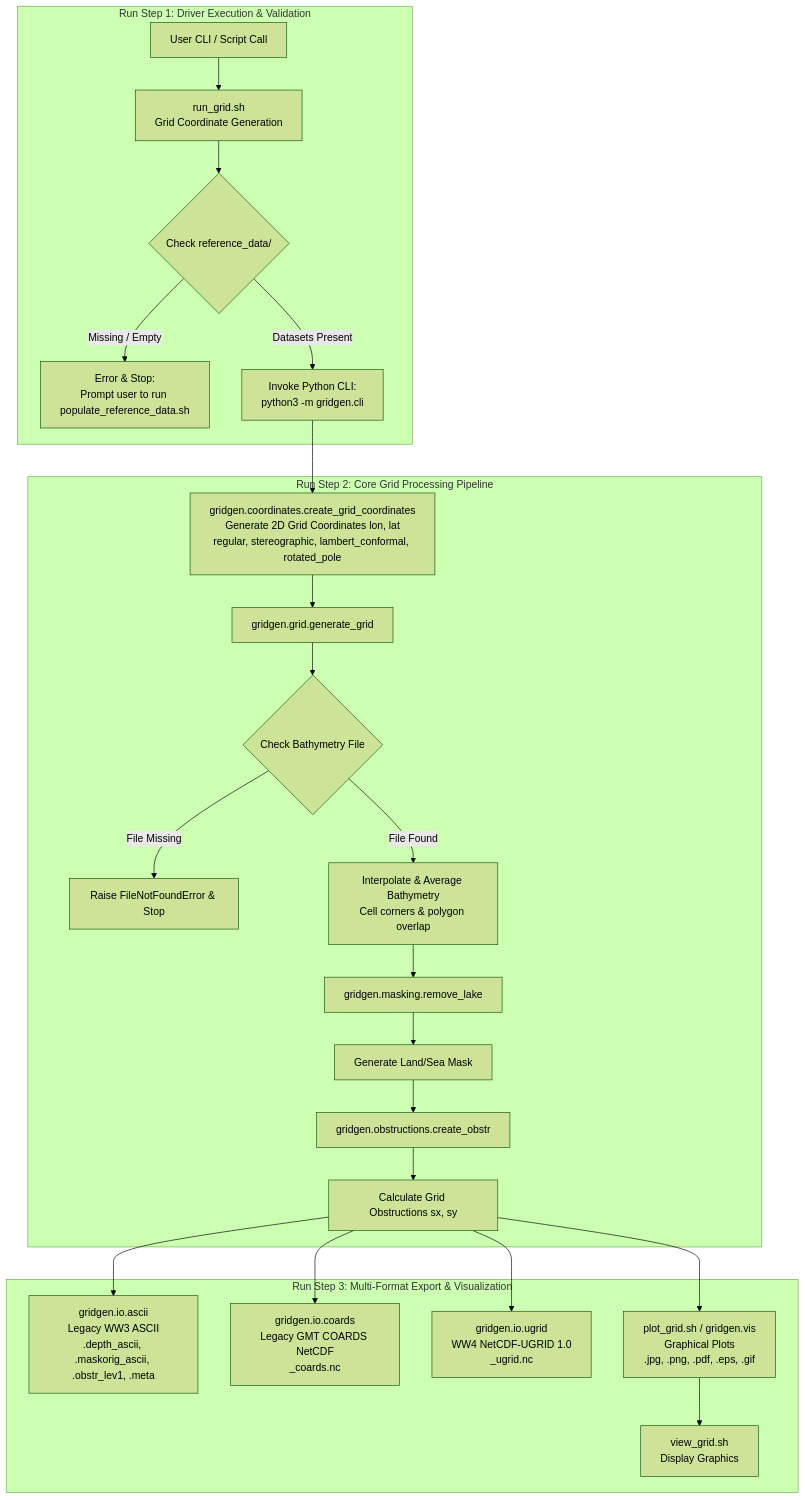
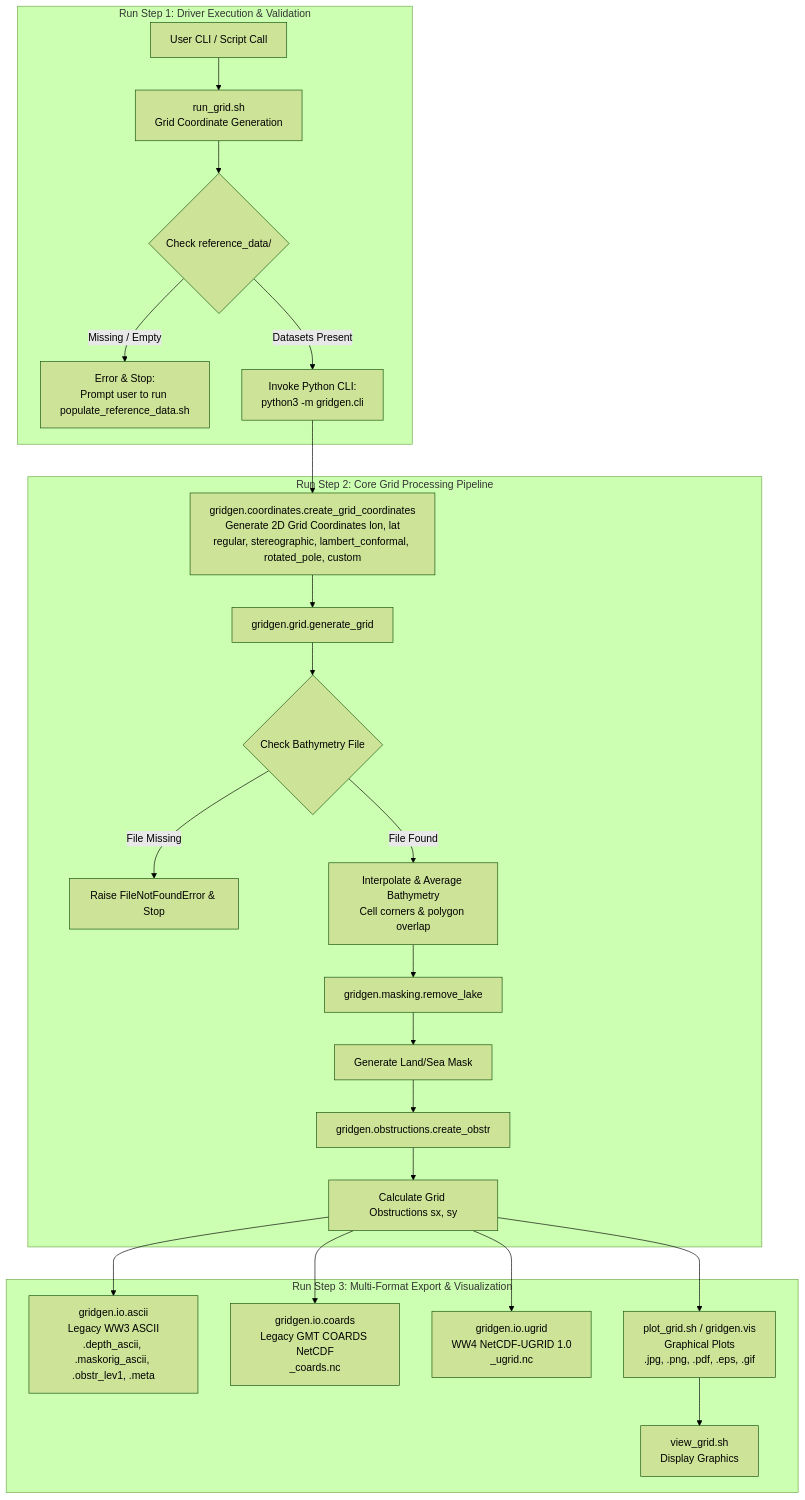
The second of 2 diagrams in ARCHITECTURE.md (HendrikTolman-NOAA/gridgen), drawn with Mermaid (forest theme) before and after one commit. The commit also changed other lines of this file and 7 other files, not shown here.

First line of the commit message:
Add CLI support for Lambert conformal, rotated pole, stereographic, and custom grids

````diff
--- a/ARCHITECTURE.md
+++ b/ARCHITECTURE.md
@@ -45,31 +45,31 @@
 ```mermaid
 flowchart TD
     subgraph Run Step 1: Driver Execution & Validation
         E[User CLI / Script Call] --> F[run_grid.sh<br/>Grid Coordinate Generation]
         F --> G{Check reference_data/}
         G -- Missing / Empty --> H[Error & Stop:<br/>Prompt user to run populate_reference_data.sh]
         G -- Datasets Present --> I[Invoke Python CLI:<br/>python3 -m gridgen.cli]
     end
 
     subgraph Run Step 2: Core Grid Processing Pipeline
-        I --> J0[gridgen.coordinates.create_grid_coordinates<br/>Generate 2D Grid Coordinates lon, lat<br/>regular, stereographic, lambert_conformal, rotated_pole]
+        I --> J0[gridgen.coordinates.create_grid_coordinates<br/>Generate 2D Grid Coordinates lon, lat<br/>regular, stereographic, lambert_conformal, rotated_pole, custom]
         J0 --> J[gridgen.grid.generate_grid]
         J --> K{Check Bathymetry File}
         K -- File Missing --> L[Raise FileNotFoundError & Stop]
         K -- File Found --> M[Interpolate & Average Bathymetry<br/>Cell corners & polygon overlap]
 
         M --> N[gridgen.masking.remove_lake]
         N --> O[Generate Land/Sea Mask]
 
         O --> P[gridgen.obstructions.create_obstr]
         P --> Q[Calculate Grid Obstructions sx, sy]
     end
 
     subgraph Run Step 3: Multi-Format Export & Visualization
         Q --> R1[gridgen.io.ascii<br/>Legacy WW3 ASCII<br/>.depth_ascii, .maskorig_ascii, .obstr_lev1, .meta]
         Q --> R2[gridgen.io.coards<br/>Legacy GMT COARDS NetCDF<br/>_coards.nc]
         Q --> R3[gridgen.io.ugrid<br/>WW4 NetCDF-UGRID 1.0<br/>_ugrid.nc]
         Q --> R4[plot_grid.sh / gridgen.vis<br/>Graphical Plots<br/>.jpg, .png, .pdf, .eps, .gif]
         R4 --> R5[view_grid.sh<br/>Display Graphics]
     end
 ```
````
